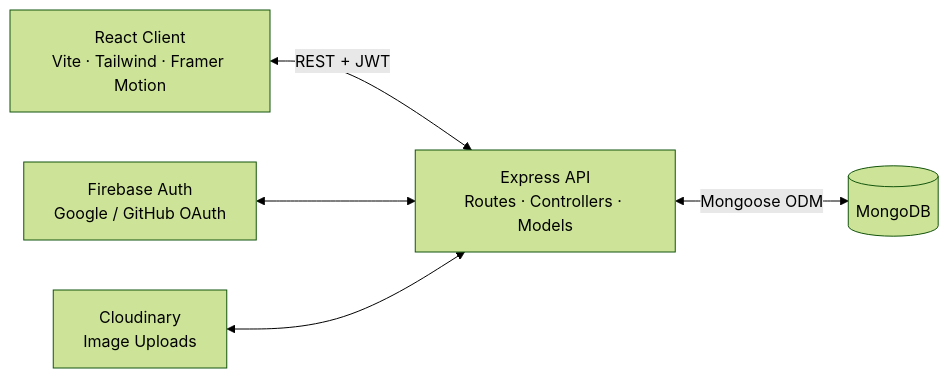
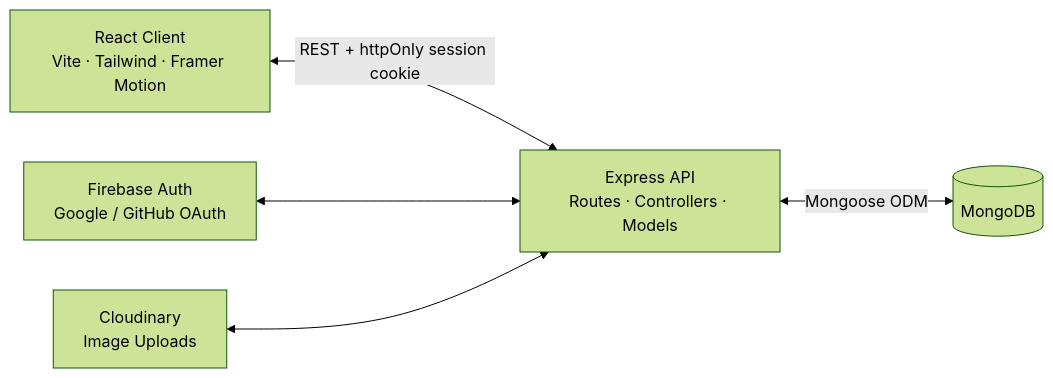
One commit to Atharva6153-git/ToggleNest changed the first of 2 diagrams in README.md. Above: the diagram before and after it, drawn with Mermaid (forest theme). The commit also changed other lines of this file and 53 other files, not shown here.

````diff
--- a/README.md
+++ b/README.md
@@ -76,7 +81,7 @@
 ```mermaid
 flowchart LR
-    Client[React Client<br/>Vite · Tailwind · Framer Motion] <-->|REST + JWT| API[Express API<br/>Routes · Controllers · Models]
+    Client[React Client<br/>Vite · Tailwind · Framer Motion] <-->|REST + httpOnly session cookie| API[Express API<br/>Routes · Controllers · Models]
     API <-->|Mongoose ODM| DB[(MongoDB)]
     Firebase[Firebase Auth<br/>Google / GitHub OAuth] <--> API
     Cloudinary[Cloudinary<br/>Image Uploads] <--> API
 ```
````
